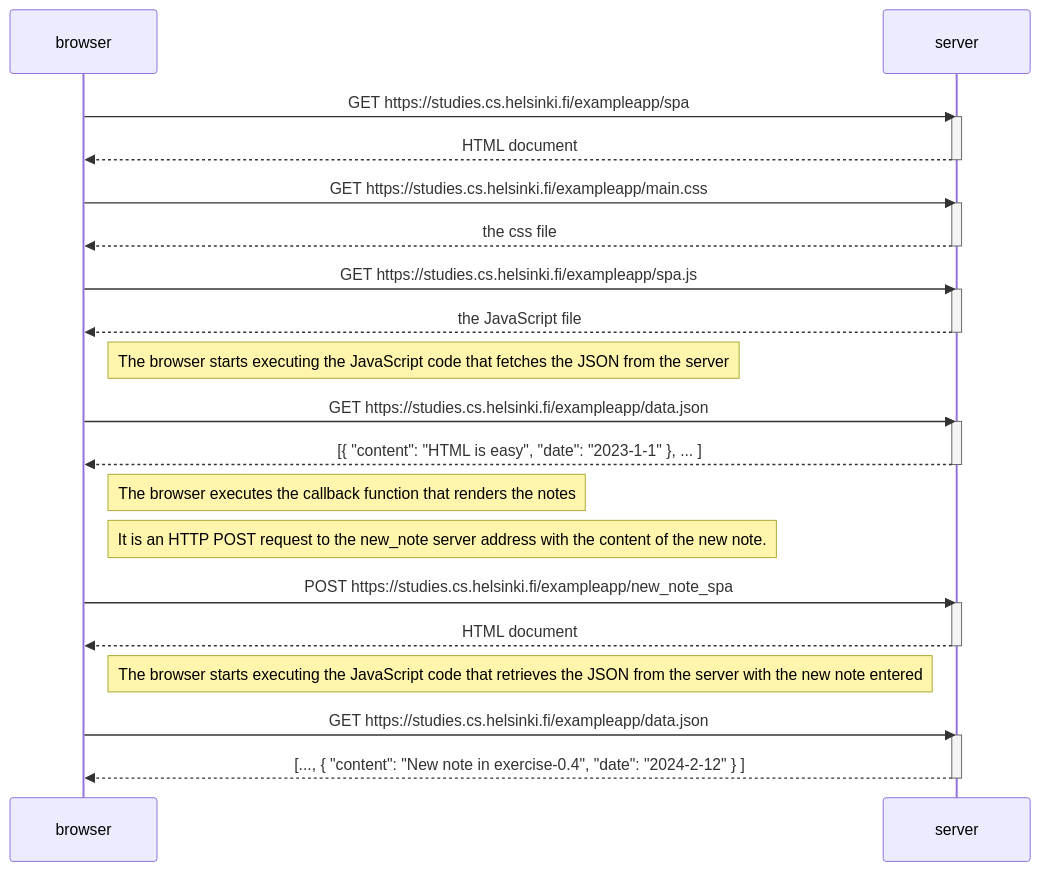
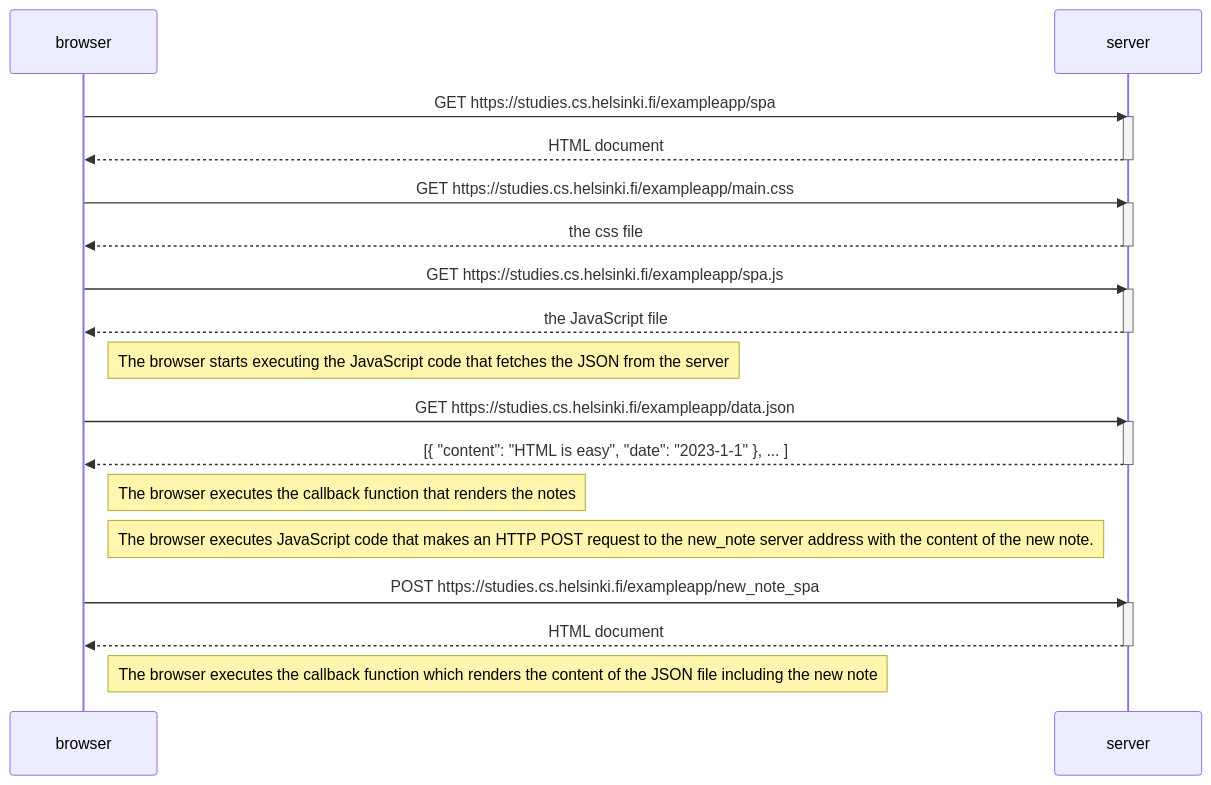
The diagram in parte0/exercise-0.6-new-note-in-single-page-application-diagram.mmd (devmarce/FullStackOpen), drawn with Mermaid before and after one commit.

Commit message:
update exercise 0.6

```diff
--- a/parte0/exercise-0.6-new-note-in-single-page-application-diagram.mmd
+++ b/parte0/exercise-0.6-new-note-in-single-page-application-diagram.mmd
@@ -1,42 +1,37 @@
 sequenceDiagram
     participant browser
     participant server
 
     browser->>server: GET https://studies.cs.helsinki.fi/exampleapp/spa
     activate server
     server-->>browser: HTML document
     deactivate server
 
     browser->>server: GET https://studies.cs.helsinki.fi/exampleapp/main.css
     activate server
     server-->>browser: the css file
     deactivate server
 
     browser->>server: GET https://studies.cs.helsinki.fi/exampleapp/spa.js
     activate server
     server-->>browser: the JavaScript file
     deactivate server
 
     Note right of browser: The browser starts executing the JavaScript code that fetches the JSON from the server
 
     browser->>server: GET https://studies.cs.helsinki.fi/exampleapp/data.json
     activate server
     server-->>browser: [{ "content": "HTML is easy", "date": "2023-1-1" }, ... ]
     deactivate server
 
     Note right of browser: The browser executes the callback function that renders the notes
 
 
-    Note right of browser: It is an HTTP POST request to the new_note server address with the content of the new note.
+    Note right of browser: The browser executes JavaScript code that makes an HTTP POST request to the new_note server address with the content of the new note.
 
     browser->>server: POST https://studies.cs.helsinki.fi/exampleapp/new_note_spa
     activate server
     server-->>browser: HTML document
     deactivate server
 
-    Note right of browser: The browser starts executing the JavaScript code that retrieves the JSON from the server with the new note entered
-
-    browser->>server: GET https://studies.cs.helsinki.fi/exampleapp/data.json
-    activate server
-    server-->>browser: [..., { "content": "New note in exercise-0.4", "date": "2024-2-12" } ]
-    deactivate server
+    Note right of browser: The browser executes the callback function which renders the content of the JSON file including the new note
```
